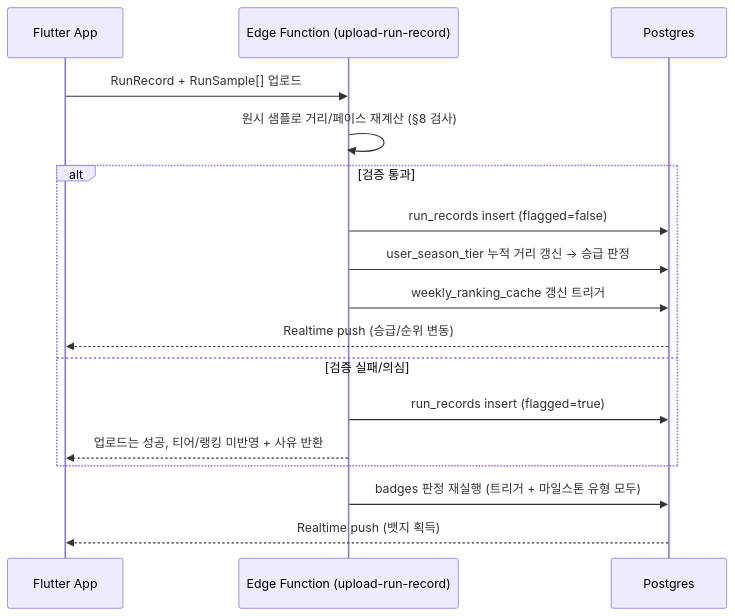
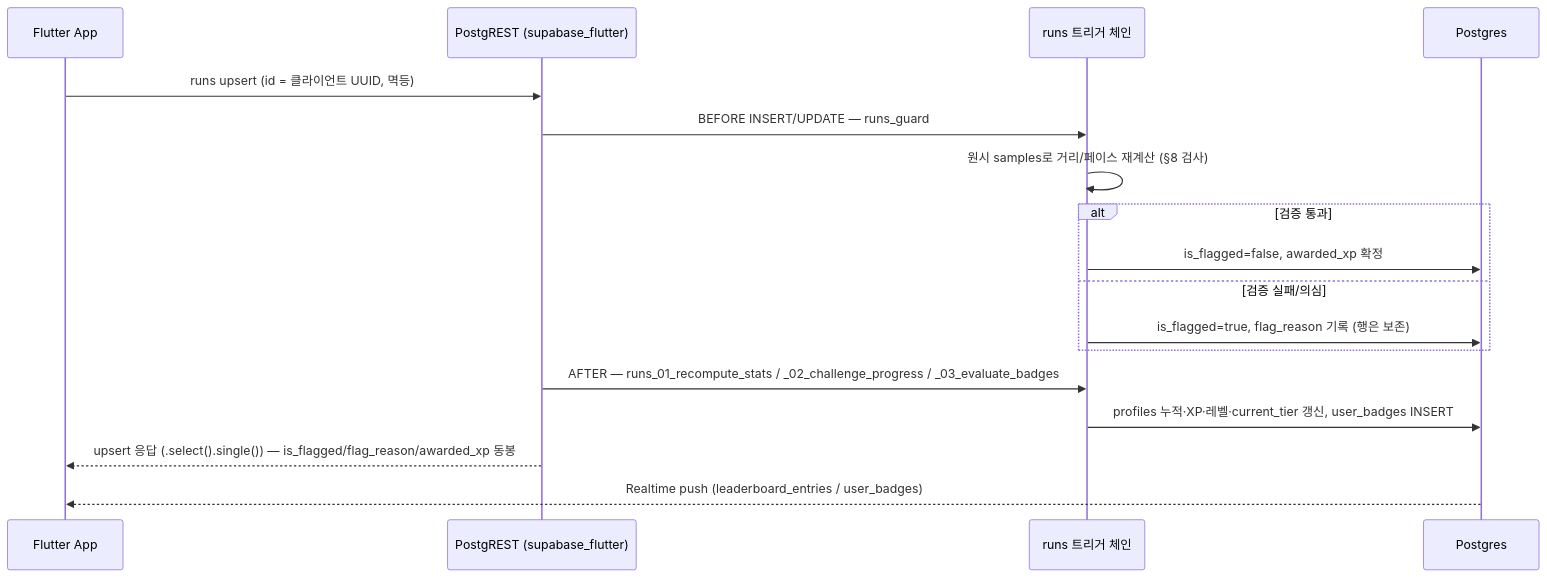
One commit to j-hyunn/Runnit changed the fourth of 7 diagrams in docs/ARCHITECTURE.md. Above: the diagram before and after it, drawn with Mermaid. The commit also changed other lines of this file and 1 other file, not shown here.

First line of the commit message:
docs: ARCHITECTURE v0.3 / TRD v0.10 — 구현 반영 살아있는 문서로 갱신

````diff
--- a/docs/ARCHITECTURE.md
+++ b/docs/ARCHITECTURE.md
@@ -231,20 +243,20 @@
 ```mermaid
 sequenceDiagram
     participant App as Flutter App
-    participant EF as Edge Function (upload-run-record)
+    participant PR as PostgREST (supabase_flutter)
+    participant TG as runs 트리거 체인
     participant DB as Postgres
 
-    App->>EF: RunRecord + RunSample[] 업로드
-    EF->>EF: 원시 샘플로 거리/페이스 재계산 (§8 검사)
+    App->>PR: runs upsert (id = 클라이언트 UUID, 멱등)
+    PR->>TG: BEFORE INSERT/UPDATE — runs_guard
+    TG->>TG: 원시 samples로 거리/페이스 재계산 (§8 검사)
     alt 검증 통과
-        EF->>DB: run_records insert (flagged=false)
-        EF->>DB: user_season_tier 누적 거리 갱신 → 승급 판정
-        EF->>DB: weekly_ranking_cache 갱신 트리거
-        DB-->>App: Realtime push (승급/순위 변동)
+        TG->>DB: is_flagged=false, awarded_xp 확정
     else 검증 실패/의심
-        EF->>DB: run_records insert (flagged=true)
-        EF-->>App: 업로드는 성공, 티어/랭킹 미반영 + 사유 반환
+        TG->>DB: is_flagged=true, flag_reason 기록 (행은 보존)
     end
-    EF->>DB: badges 판정 재실행 (트리거 + 마일스톤 유형 모두)
-    DB-->>App: Realtime push (뱃지 획득)
+    PR->>TG: AFTER — runs_01_recompute_stats / _02_challenge_progress / _03_evaluate_badges
+    TG->>DB: profiles 누적·XP·레벨·current_tier 갱신, user_badges INSERT
+    PR-->>App: upsert 응답 (.select().single()) — is_flagged/flag_reason/awarded_xp 동봉
+    DB-->>App: Realtime push (leaderboard_entries / user_badges)
 ```
````
